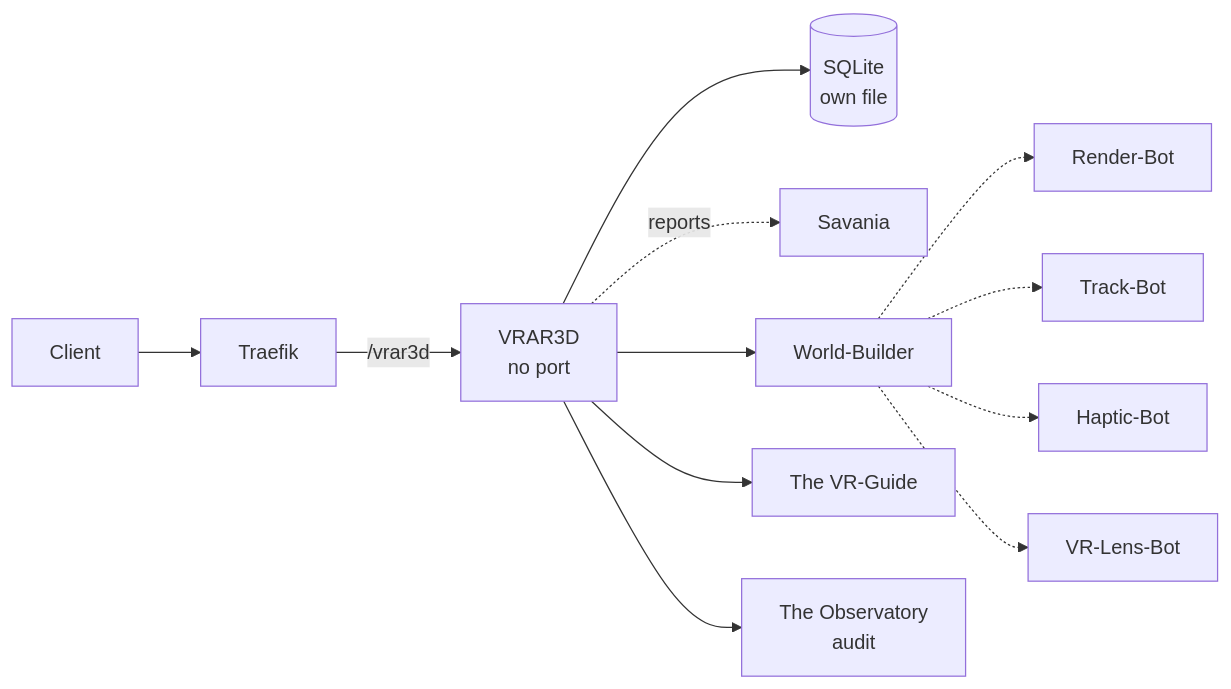
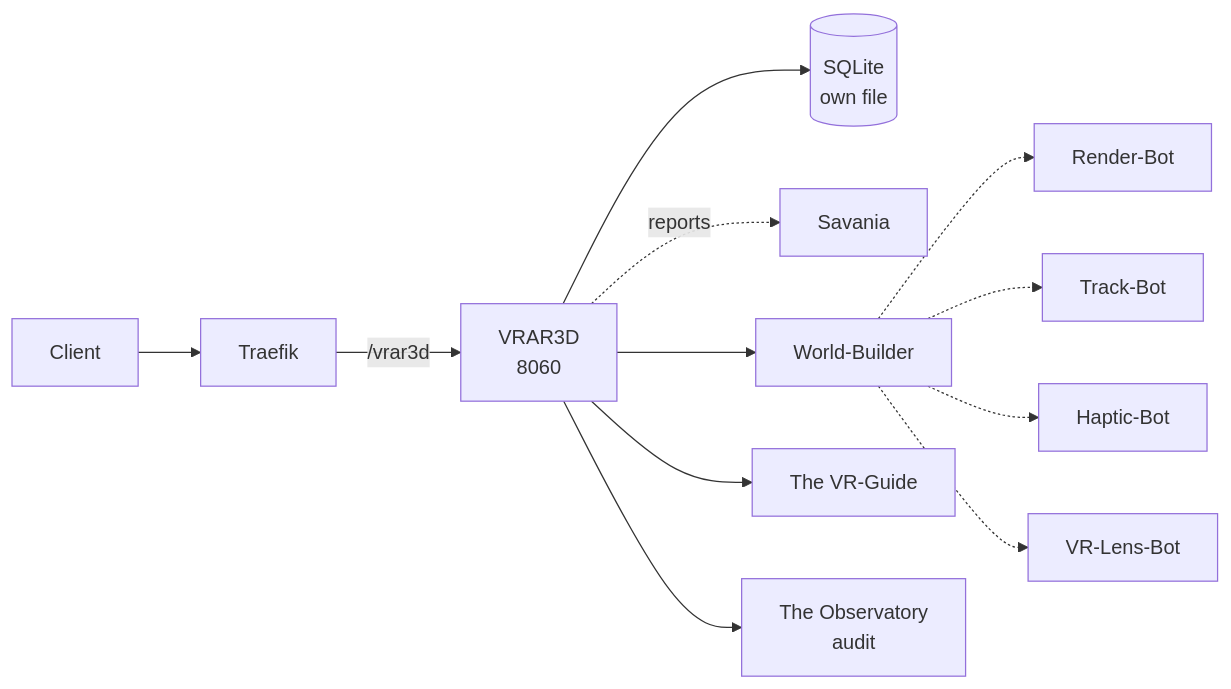
The diagram in docs/solution-packs/vrar3d.md (Trancendos/Tranc3), drawn with Mermaid before and after one commit. The commit also changed other lines of this file and 51 other files, not shown here.

````diff
--- a/docs/solution-packs/vrar3d.md
+++ b/docs/solution-packs/vrar3d.md
@@ -71,14 +72,14 @@
 ```mermaid
 flowchart LR
     C[Client] --> T[Traefik]
-    T -->|/vrar3d| S[VRAR3D<br/>no port]
+    T -->|/vrar3d| S[VRAR3D<br/>8060]
     S --> DB[(SQLite<br/>own file)]
     S -.reports.-> P[Savania]
     S --> AA[World-Builder]
     S --> AB[The VR-Guide]
     AA -.-> RenderBot[Render-Bot]
     AA -.-> TrackBot[Track-Bot]
     AA -.-> HapticBot[Haptic-Bot]
     AA -.-> VRLensBot[VR-Lens-Bot]
     S --> OBS[The Observatory<br/>audit]
 ```
````
